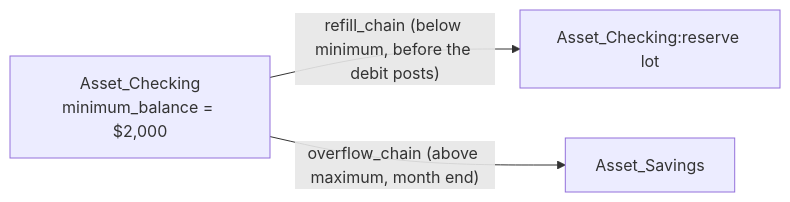
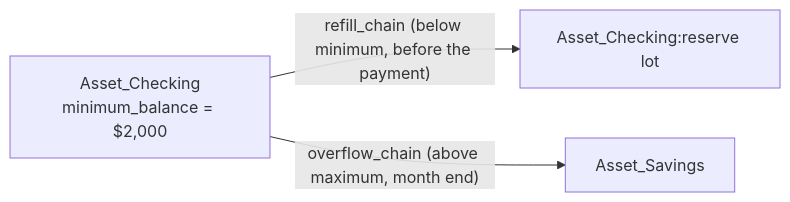
The third of 3 diagrams in docs/user-guide.md (BobKerns/analysis), drawn with Mermaid before and after one commit. The commit also changed other lines of this file and 1 other file, not shown here.

````diff
--- a/docs/user-guide.md
+++ b/docs/user-guide.md
@@ -268,8 +286,8 @@
 ```mermaid
 flowchart LR
     checking["Asset_Checking\nminimum_balance = $2,000"]
     reserve["Asset_Checking:reserve lot"]
     savings["Asset_Savings"]
-    checking -- "refill_chain (below minimum, before the debit posts)" --> reserve
+    checking -- "refill_chain (below minimum, before the payment)" --> reserve
     checking -- "overflow_chain (above maximum, month end)" --> savings
 ```
````
